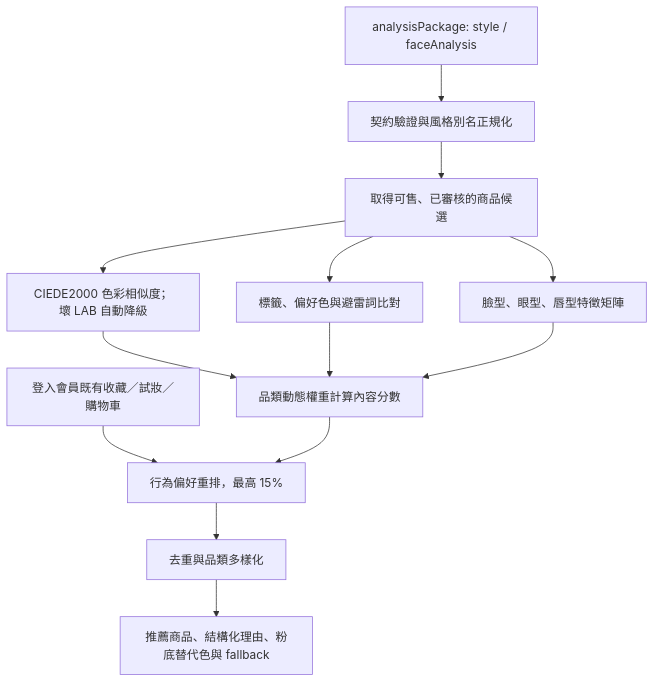
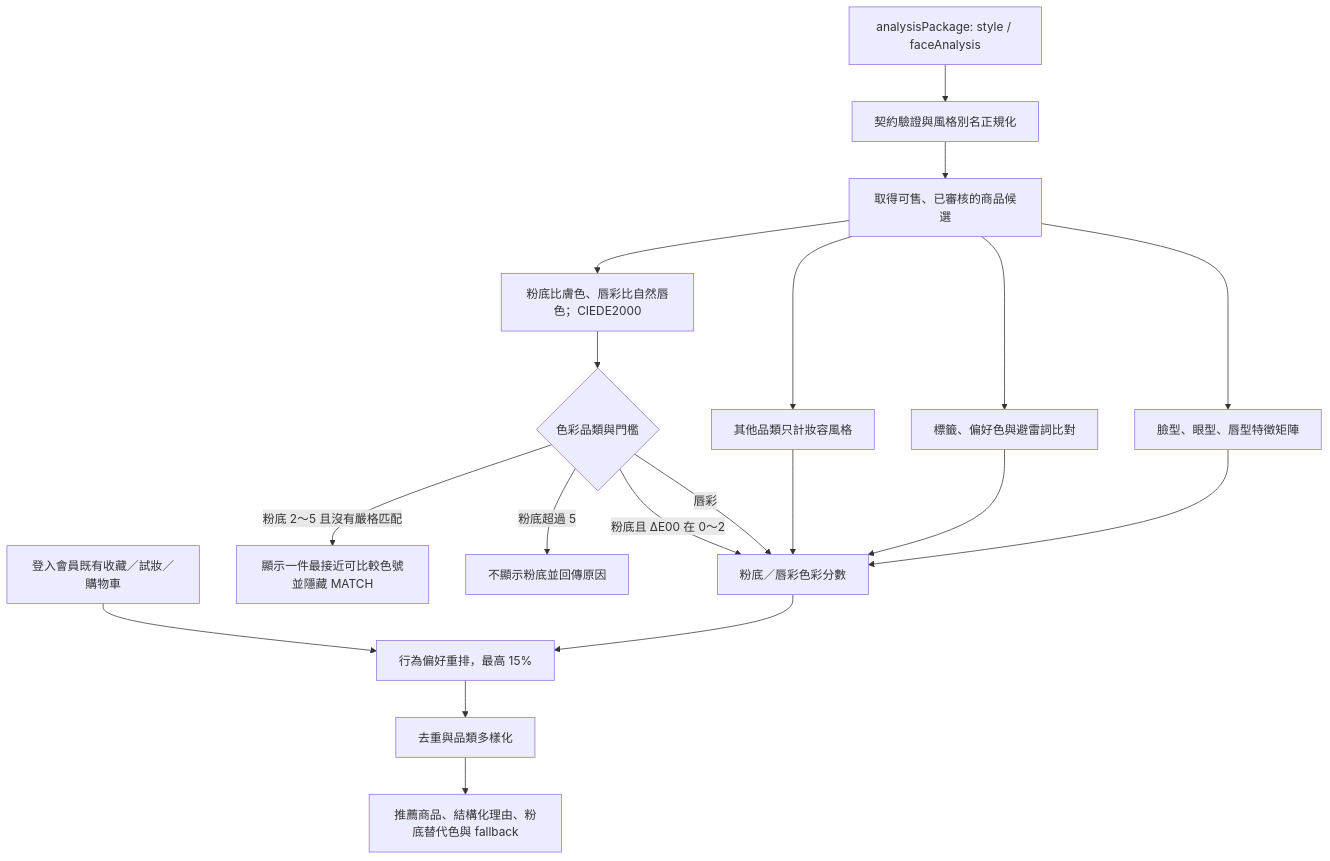
Before and after one commit to vivi930319/DecorateMeAI: the diagram in README.md, drawn with Mermaid. The commit also changed other lines of this file and 9 other files, not shown here.

````diff
--- a/README.md
+++ b/README.md
@@ -132,15 +132,22 @@
 ```mermaid
 flowchart TD
     A[analysisPackage: style / faceAnalysis] --> B[契約驗證與風格別名正規化]
     B --> C[取得可售、已審核的商品候選]
-    C --> D[CIEDE2000 色彩相似度；壞 LAB 自動降級]
+    C --> D[粉底比膚色、唇彩比自然唇色；CIEDE2000]
+    D --> M{色彩品類與門檻}
+    M -->|粉底且 ΔE00 在 0～2| G
+    M -->|粉底 2～5 且沒有嚴格匹配| N[顯示一件最接近可比較色號並隱藏 MATCH]
+    M -->|粉底超過 5| O[不顯示粉底並回傳原因]
+    M -->|唇彩| G
     C --> E[標籤、偏好色與避雷詞比對]
     C --> F[臉型、眼型、唇型特徵矩陣]
-    D --> G[品類動態權重計算內容分數]
+    G[粉底／唇彩色彩分數]
+    C --> L[其他品類只計妝容風格]
+    L --> G
     E --> G
     F --> G
     J[登入會員既有收藏／試妝／購物車] --> K[行為偏好重排，最高 15%]
     G --> K
     K --> H[去重與品類多樣化]
     H --> I[推薦商品、結構化理由、粉底替代色與 fallback]
 ```
````
